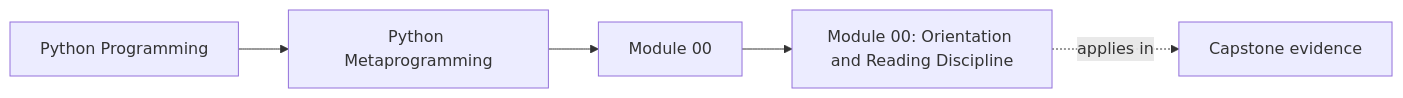
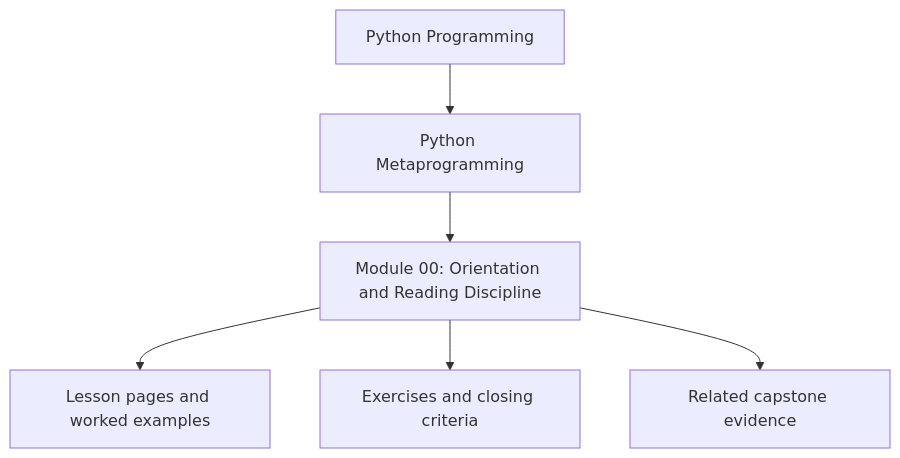
One commit to bijux/bijux-masterclass changed the first of 2 diagrams in programs/python-programming/python-meta-programming/course-book/module-00-orientation/index.md. Above: the diagram before and after it, drawn with Mermaid. The commit also changed other lines of this file and 10 other files, not shown here.

Commit message:
docs(python-meta-programming): reposition module overview diagrams

````diff
--- a/programs/python-programming/python-meta-programming/course-book/module-00-orientation/index.md
+++ b/programs/python-programming/python-meta-programming/course-book/module-00-orientation/index.md
@@ -7,11 +7,8 @@
 ```mermaid
-graph LR
-  family["Python Programming"]
-  program["Python Metaprogramming"]
-  section["Module 00"]
-  page["Module 00: Orientation and Reading Discipline"]
-  capstone["Capstone evidence"]
-
-  family --> program --> section --> page
-  page -.applies in.-> capstone
+flowchart TD
+  family["Python Programming"] --> program["Python Metaprogramming"]
+  program --> module["Module 00: Orientation and Reading Discipline"]
+  module --> lessons["Lesson pages and worked examples"]
+  module --> checkpoints["Exercises and closing criteria"]
+  module --> capstone["Related capstone evidence"]
 ```
````
